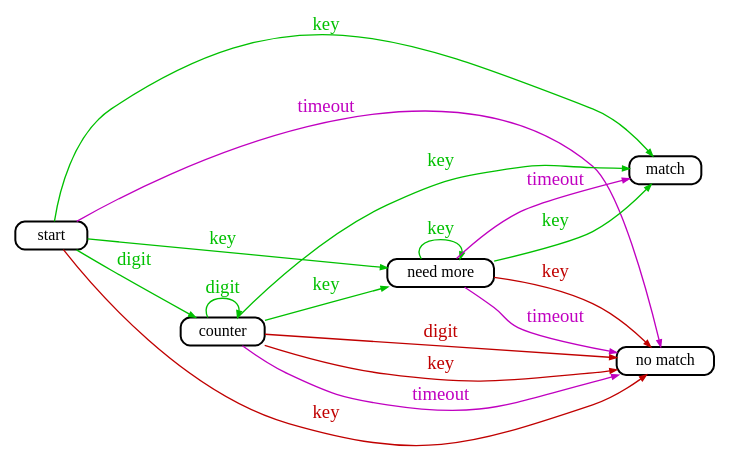
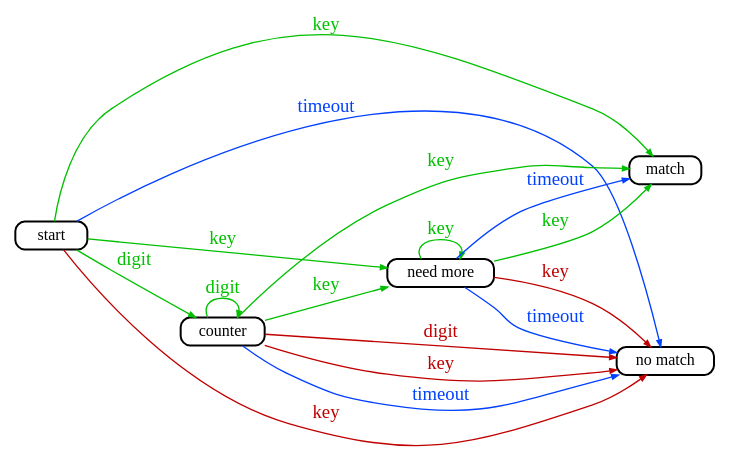
The diagram in arch/key-state.gv (neomutt/gfx), drawn with Graphviz before and after one commit. The commit also changed 1 other file, not shown here.

```diff
--- a/arch/key-state.gv
+++ b/arch/key-state.gv
@@ -1,98 +1,98 @@
 digraph key_state_machine
 {
 	graph [
 		rankdir="LR"
 		nodesep="0.2"
 		ranksep="0.5"
 		compound="true"
 	]
 
 	node [
 		shape="Mrecord"
 		fontsize="12"
 		fillcolor="#ffffff"
 		style="filled"
 		height="0.2"
 		penwidth="1.5"
 		color="black"
 	]
 
 	edge [
 		penwidth="1.0"
 		arrowsize="0.5"
 	]
 
 	start     [ label="start"     ]
 	counter   [ label="counter"   ]
 	need_more [ label="need more" ]
 	match     [ label="match"     ]
 	no_match  [ label="no match"  ]
 
 	// Event: key
 	// Match: 1 exact match, 0 longer matches
 	need_more -> match     [ label="key"     fontcolor="#00c000" color="#00c000" ]
 
 	// Event: key
 	// Match: 1 exact match, no longer matches
 	start     -> match     [ label="key"     fontcolor="#00c000" color="#00c000" ]
 
 	// Event: key
 	// Match: 0 exact matches, 0 longer matches
 	start     -> no_match  [ label="key"     fontcolor="#c00000" color="#c00000" ]
 
 	// Event: digit
 	// Match: 0 exact matches, no longer matches
 	start     -> counter   [ label="digit"   fontcolor="#00c000" color="#00c000" ]
 
 	// Event: key
 	// Match: 0 exact matches, 0 longer matches
 	counter   -> no_match  [ label="key"     fontcolor="#c00000" color="#c00000" ]
 
 	// Event: digit
 	// Match: 0 exact matches, no longer matches
 	// Notes: counter increased; still below maximum
 	counter   -> counter   [ label="digit"   fontcolor="#00c000" color="#00c000" ]
 
 	// Event: timeout
 	// Match: n/a
-	start     -> no_match  [ label="timeout" fontcolor="#c000c0" color="#c000c0" ]
+	start     -> no_match  [ label="timeout" fontcolor="#0040ff" color="#0040ff" ]
 
 	// Event: timeout
 	// Match: n/a
-	counter   -> no_match  [ label="timeout" fontcolor="#c000c0" color="#c000c0" ]
+	counter   -> no_match  [ label="timeout" fontcolor="#0040ff" color="#0040ff" ]
 
 	// Event: digit
 	// Match: 0 exact matches, no longer matches
 	// Notes: counter exceeds maximum
 	counter   -> no_match  [ label="digit"   fontcolor="#c00000" color="#c00000" ]
 
 	// Event: key
 	// Match: >0 longer matches
 	counter   -> need_more [ label="key"     fontcolor="#00c000" color="#00c000" ]
 
 	// Event: key
 	// Match: 0 exact matches, 0 longer matches
 	need_more -> no_match  [ label="key"     fontcolor="#c00000" color="#c00000" ]
 
 	// Event: timeout
 	// Match: 0 exact matches, >0 longer matches
-	need_more -> no_match  [ label="timeout" fontcolor="#c000c0" color="#c000c0" ]
+	need_more -> no_match  [ label="timeout" fontcolor="#0040ff" color="#0040ff" ]
 
 	// Event: timeout
 	// Match: 1 exact match, >0 longer matches
-	need_more -> match     [ label="timeout" fontcolor="#c000c0" color="#c000c0" ]
+	need_more -> match     [ label="timeout" fontcolor="#0040ff" color="#0040ff" ]
 
 	// Event: key
 	// Match: >0 longer matches
 	start     -> need_more [ label="key"     fontcolor="#00c000" color="#00c000" ]
 
 	// Event: key
 	// Match: >0 longer matches
 	need_more -> need_more [ label="key"     fontcolor="#00c000" color="#00c000" ]
 
 	// Event: key
 	// Match: 1 exact match, 0 longer matches
 	counter   -> match     [ label="key"     fontcolor="#00c000" color="#00c000" ]
 
 
 }
```
